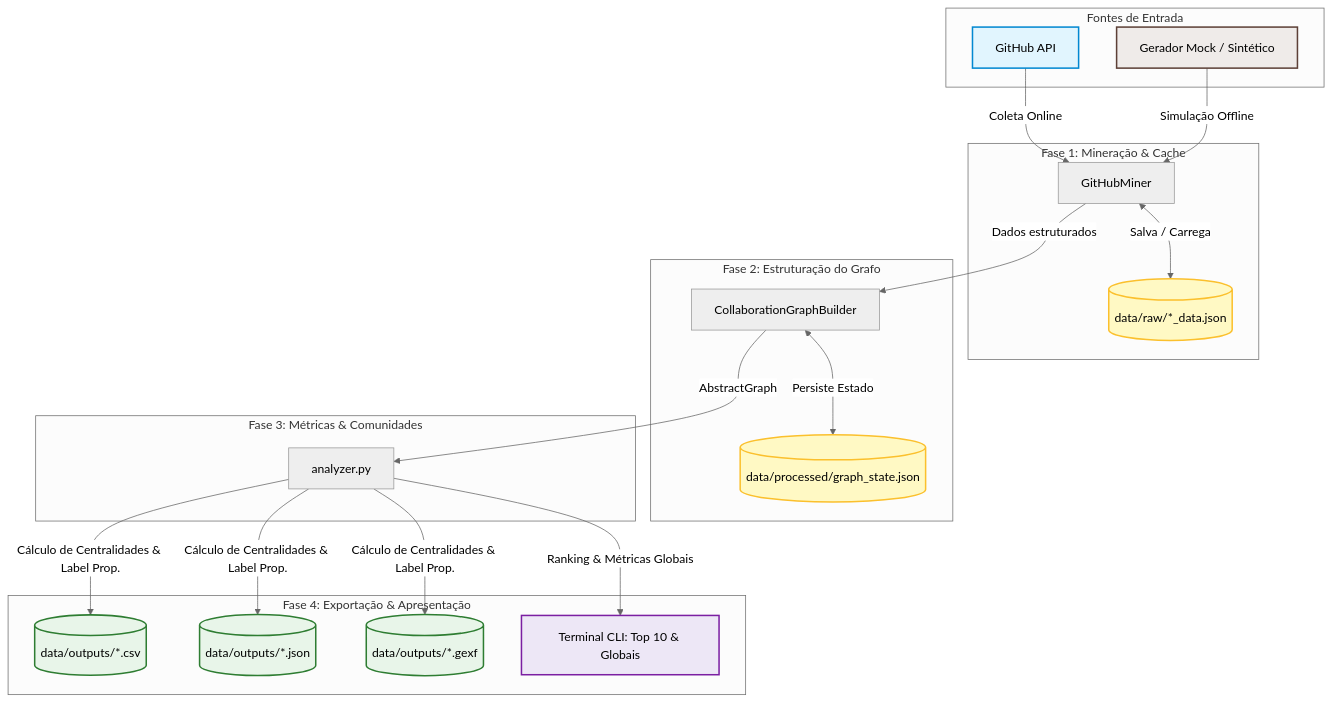
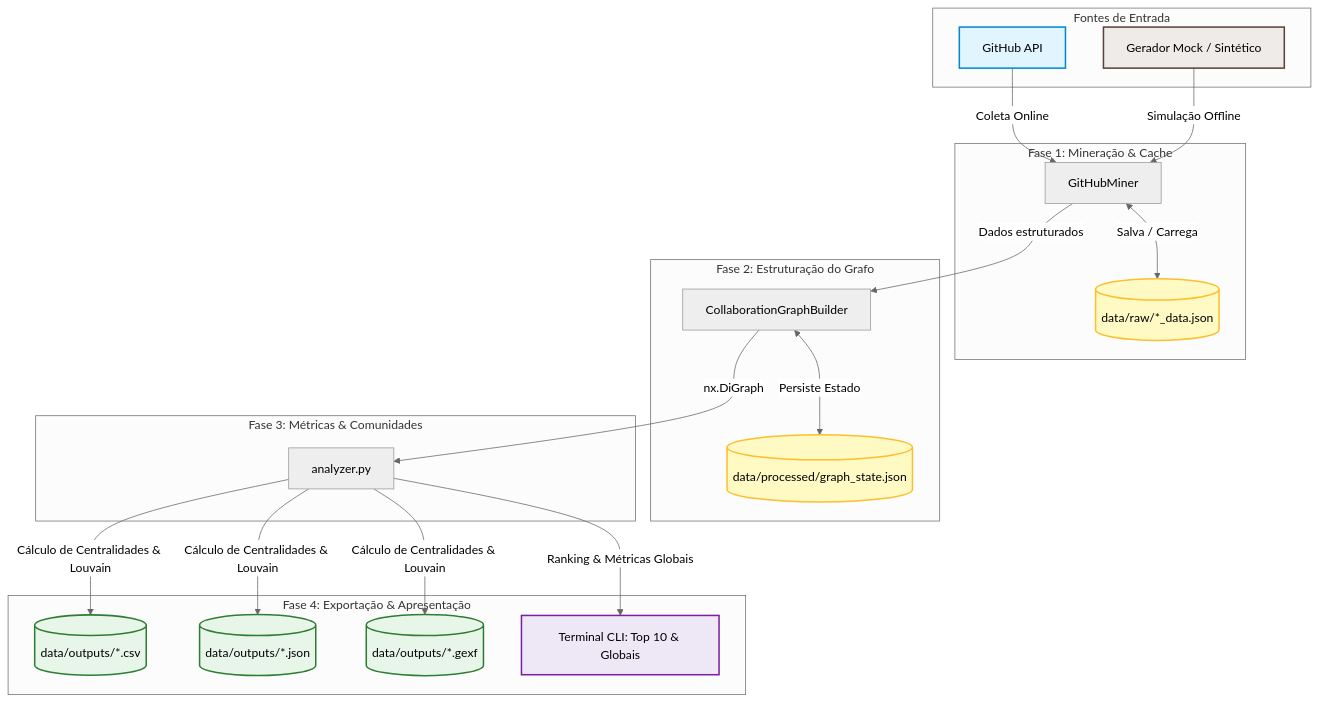
Before and after one commit to bernardocdm/plane-graph-analysis: the first of 2 diagrams in README.md, drawn with Mermaid (neutral theme). The commit also changed other lines of this file and 3 other files, not shown here.

````diff
--- a/README.md
+++ b/README.md
@@ -12,55 +12,55 @@
 ```mermaid
 graph TD
     %% Fontes de Dados
     subgraph Input ["Fontes de Entrada"]
         API[GitHub API]
         Mock[Gerador Mock / Sintético]
     end
 
     %% Módulo de Coleta
     subgraph Mining ["Fase 1: Mineração & Cache"]
         Miner[GitHubMiner]
         Cache[(data/raw/*_data.json)]
     end
 
     %% Modelagem
     subgraph GraphBuild ["Fase 2: Estruturação do Grafo"]
         Builder[CollaborationGraphBuilder]
         GraphState[(data/processed/graph_state.json)]
     end
 
     %% Análise
     subgraph Analysis ["Fase 3: Métricas & Comunidades"]
         Analyzer[analyzer.py]
     end
 
     %% Exportação
     subgraph Output ["Fase 4: Exportação & Apresentação"]
         CSV[(data/outputs/*.csv)]
         JSON[(data/outputs/*.json)]
         GEXF[(data/outputs/*.gexf)]
         CLI[Terminal CLI: Top 10 & Globais]
     end
 
     %% Conexões do Fluxo
     API -->|Coleta Online| Miner
     Mock -->|Simulação Offline| Miner
     Miner <-->|Salva / Carrega| Cache
     Miner -->|Dados estruturados| Builder
     Builder <-->|Persiste Estado| GraphState
-    Builder -->|AbstractGraph| Analyzer
-    Analyzer -->|Cálculo de Centralidades & Label Prop.| CSV
-    Analyzer -->|Cálculo de Centralidades & Label Prop.| JSON
-    Analyzer -->|Cálculo de Centralidades & Label Prop.| GEXF
+    Builder -->|nx.DiGraph| Analyzer
+    Analyzer -->|Cálculo de Centralidades & Louvain| CSV
+    Analyzer -->|Cálculo de Centralidades & Louvain| JSON
+    Analyzer -->|Cálculo de Centralidades & Louvain| GEXF
     Analyzer -->|Ranking & Métricas Globais| CLI
 
     %% Estilos
     style API fill:#e1f5fe,stroke:#0288d1,stroke-width:2px
     style Mock fill:#efebe9,stroke:#5d4037,stroke-width:2px
     style Cache fill:#fff9c4,stroke:#fbc02d,stroke-width:2px
     style GraphState fill:#fff9c4,stroke:#fbc02d,stroke-width:2px
     style CSV fill:#e8f5e9,stroke:#2e7d32,stroke-width:2px
     style JSON fill:#e8f5e9,stroke:#2e7d32,stroke-width:2px
     style GEXF fill:#e8f5e9,stroke:#2e7d32,stroke-width:2px
     style CLI fill:#ede7f6,stroke:#7b1fa2,stroke-width:2px
 ```
````
